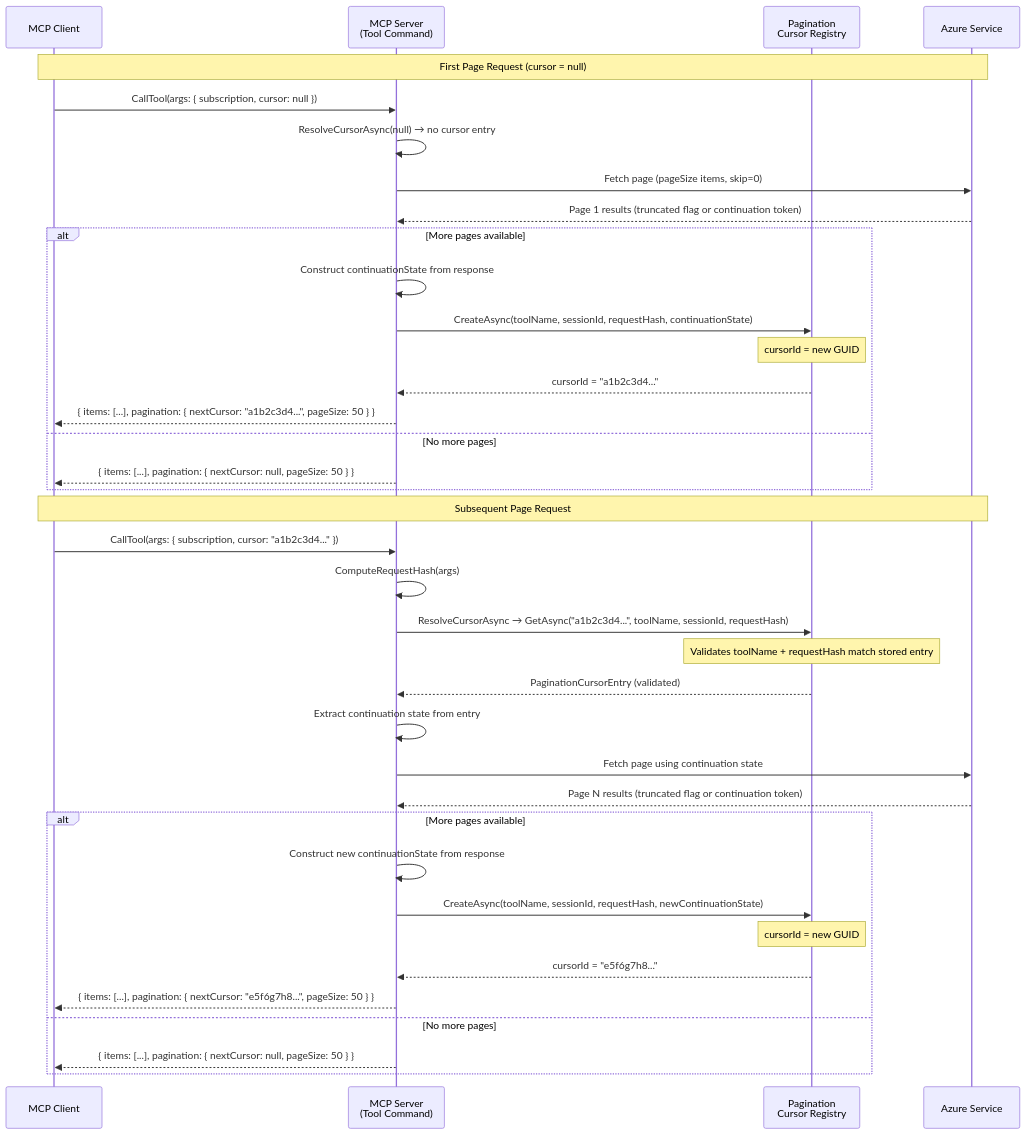
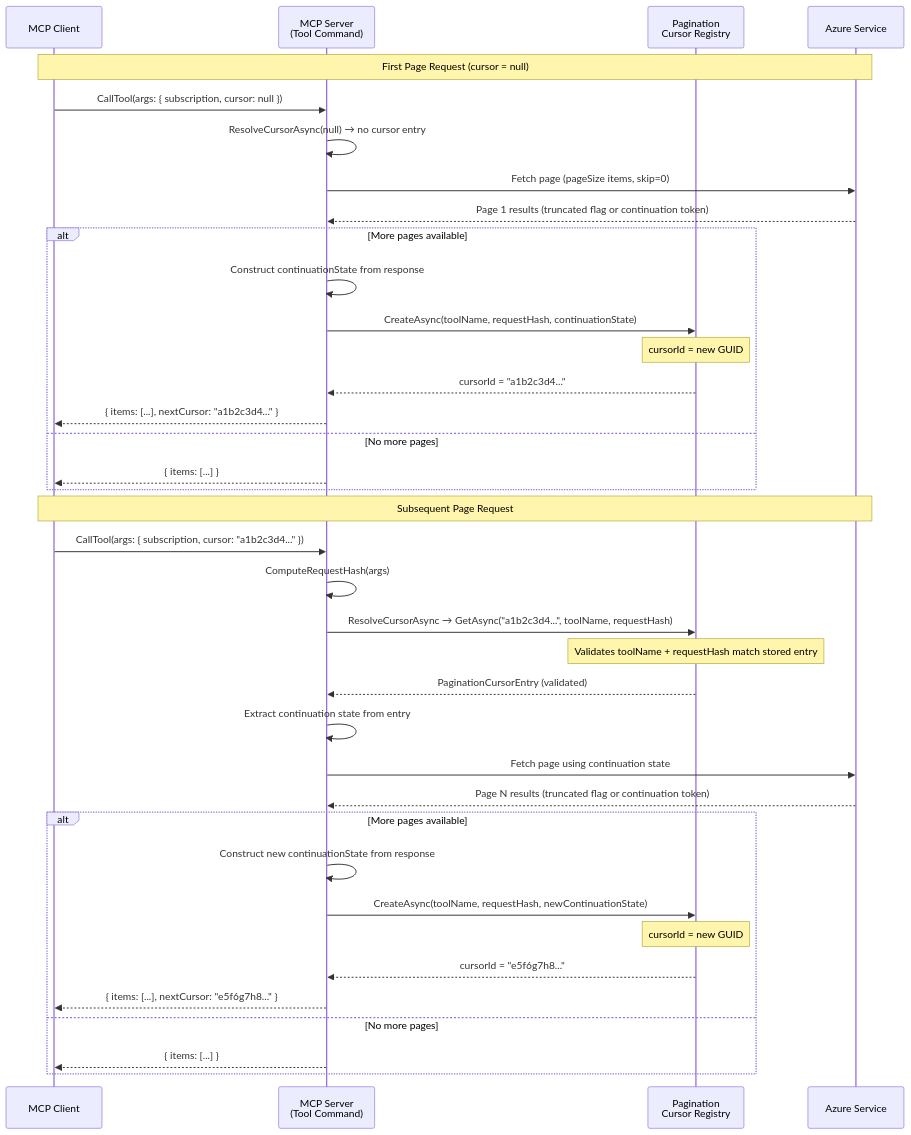
The third of 4 diagrams in docs/design/pagination-design-proposal.md (srnagar/mcp), drawn with Mermaid before and after one commit. The commit also changed other lines of this file and 12 other files, not shown here.

````diff
--- a/docs/design/pagination-design-proposal.md
+++ b/docs/design/pagination-design-proposal.md
@@ -313,41 +307,41 @@
 ```mermaid
 sequenceDiagram
     participant Client as MCP Client
     participant Server as MCP Server<br/>(Tool Command)
     participant Registry as Pagination<br/>Cursor Registry
     participant Azure as Azure Service
 
     Note over Client,Azure: First Page Request (cursor = null)
     Client->>Server: CallTool(args: { subscription, cursor: null })
     Server->>Server: ResolveCursorAsync(null) → no cursor entry
     Server->>Azure: Fetch page (pageSize items, skip=0)
     Azure-->>Server: Page 1 results (truncated flag or continuation token)
     alt More pages available
         Server->>Server: Construct continuationState from response
-        Server->>Registry: CreateAsync(toolName, sessionId, requestHash, continuationState)
+        Server->>Registry: CreateAsync(toolName, requestHash, continuationState)
         Note over Registry: cursorId = new GUID
         Registry-->>Server: cursorId = "a1b2c3d4..."
-        Server-->>Client: { items: [...], pagination: { nextCursor: "a1b2c3d4...", pageSize: 50 } }
+        Server-->>Client: { items: [...], nextCursor: "a1b2c3d4..." }
     else No more pages
-        Server-->>Client: { items: [...], pagination: { nextCursor: null, pageSize: 50 } }
+        Server-->>Client: { items: [...] }
     end
 
     Note over Client,Azure: Subsequent Page Request
     Client->>Server: CallTool(args: { subscription, cursor: "a1b2c3d4..." })
     Server->>Server: ComputeRequestHash(args)
-    Server->>Registry: ResolveCursorAsync → GetAsync("a1b2c3d4...", toolName, sessionId, requestHash)
+    Server->>Registry: ResolveCursorAsync → GetAsync("a1b2c3d4...", toolName, requestHash)
     Note over Registry: Validates toolName + requestHash match stored entry
     Registry-->>Server: PaginationCursorEntry (validated)
     Server->>Server: Extract continuation state from entry
     Server->>Azure: Fetch page using continuation state
     Azure-->>Server: Page N results (truncated flag or continuation token)
     alt More pages available
         Server->>Server: Construct new continuationState from response
-        Server->>Registry: CreateAsync(toolName, sessionId, requestHash, newContinuationState)
+        Server->>Registry: CreateAsync(toolName, requestHash, newContinuationState)
         Note over Registry: cursorId = new GUID
         Registry-->>Server: cursorId = "e5f6g7h8..."
-        Server-->>Client: { items: [...], pagination: { nextCursor: "e5f6g7h8...", pageSize: 50 } }
+        Server-->>Client: { items: [...], nextCursor: "e5f6g7h8..." }
     else No more pages
-        Server-->>Client: { items: [...], pagination: { nextCursor: null, pageSize: 50 } }
+        Server-->>Client: { items: [...] }
     end
 ```
````
